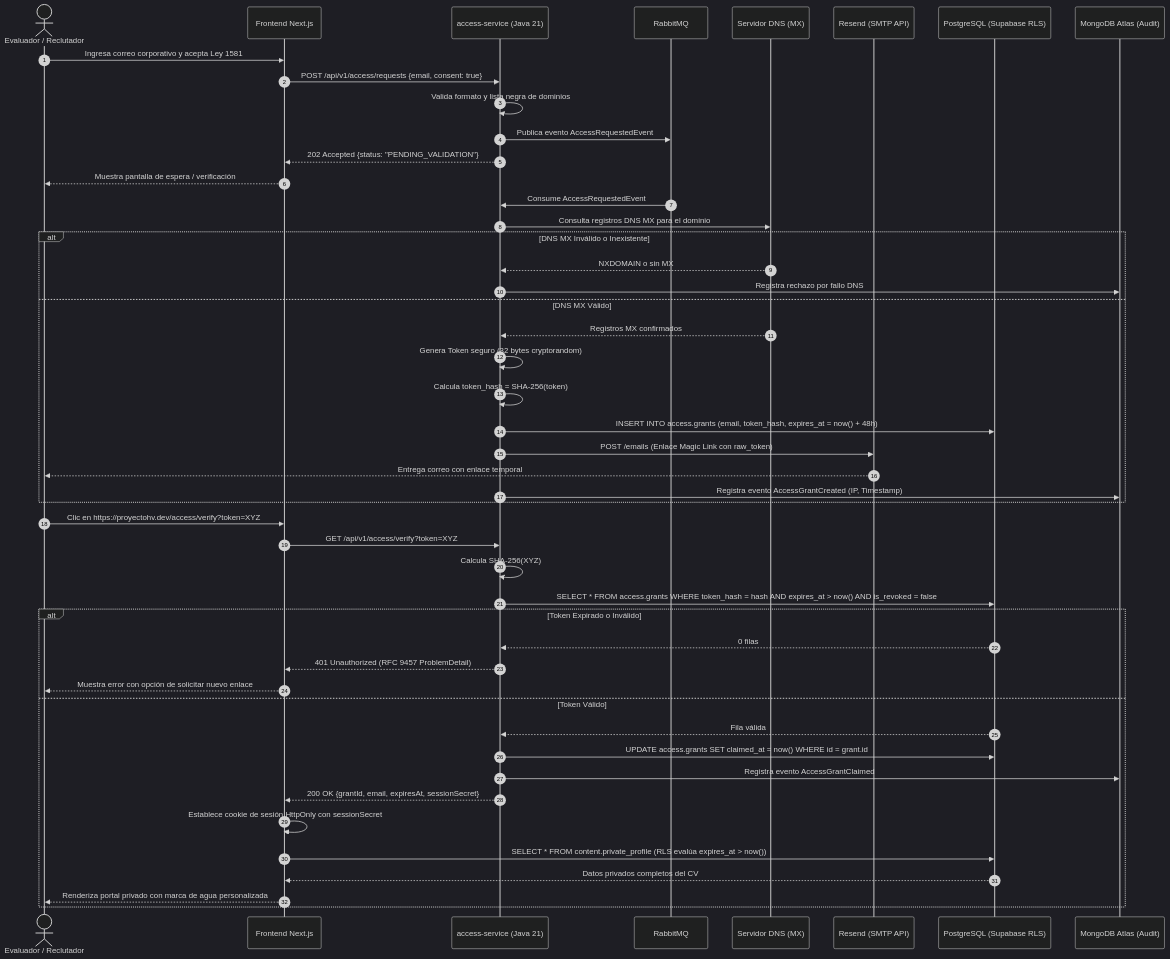
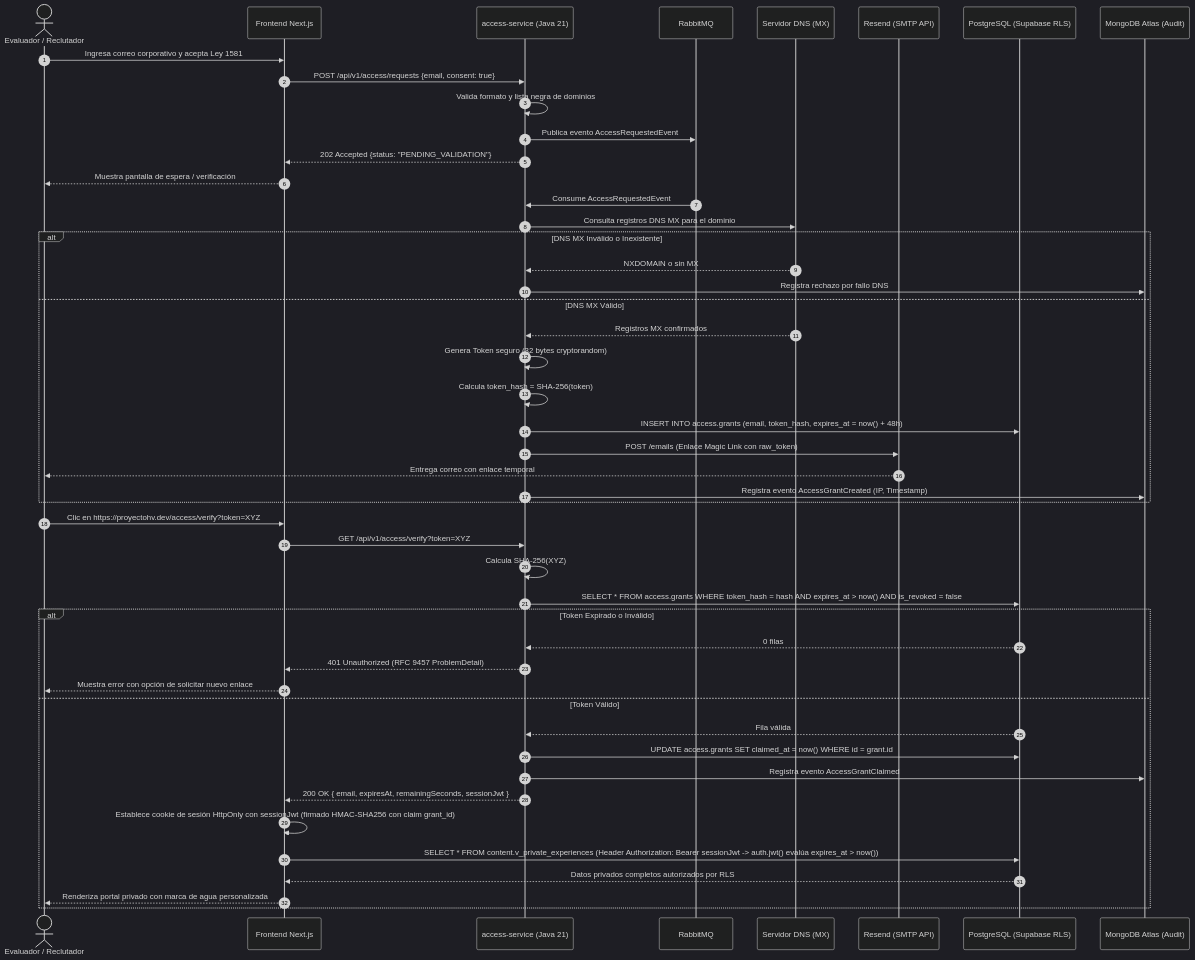
The fourth of 4 diagrams in docs/02-diseno/01-arquitectura-c4.md (hamartinez9408/ProyectoHV), drawn with Mermaid (dark theme) before and after one commit. The commit also changed other lines of this file and 7 other files, not shown here.

````diff
--- a/docs/02-diseno/01-arquitectura-c4.md
+++ b/docs/02-diseno/01-arquitectura-c4.md
@@ -286,56 +286,56 @@
 ```mermaid
 sequenceDiagram
     autonumber
     actor Recruiter as Evaluador / Reclutador
     participant Web as Frontend Next.js
     participant AccessSvc as access-service (Java 21)
     participant Rabbit as RabbitMQ
     participant Dns as Servidor DNS (MX)
     participant Resend as Resend (SMTP API)
     participant PG as PostgreSQL (Supabase RLS)
     participant Mongo as MongoDB Atlas (Audit)
 
     Recruiter->>Web: Ingresa correo corporativo y acepta Ley 1581
     Web->>AccessSvc: POST /api/v1/access/requests {email, consent: true}
     
     AccessSvc->>AccessSvc: Valida formato y lista negra de dominios
     AccessSvc->>Rabbit: Publica evento AccessRequestedEvent
     AccessSvc-->>Web: 202 Accepted {status: "PENDING_VALIDATION"}
     Web-->>Recruiter: Muestra pantalla de espera / verificación
 
     Rabbit->>AccessSvc: Consume AccessRequestedEvent
     AccessSvc->>Dns: Consulta registros DNS MX para el dominio
     
     alt DNS MX Inválido o Inexistente
         Dns-->>AccessSvc: NXDOMAIN o sin MX
         AccessSvc->>Mongo: Registra rechazo por fallo DNS
     else DNS MX Válido
         Dns-->>AccessSvc: Registros MX confirmados
         AccessSvc->>AccessSvc: Genera Token seguro (32 bytes cryptorandom)
         AccessSvc->>AccessSvc: Calcula token_hash = SHA-256(token)
         AccessSvc->>PG: INSERT INTO access.grants (email, token_hash, expires_at = now() + 48h)
         AccessSvc->>Resend: POST /emails (Enlace Magic Link con raw_token)
         Resend-->>Recruiter: Entrega correo con enlace temporal
         AccessSvc->>Mongo: Registra evento AccessGrantCreated (IP, Timestamp)
     end
 
     Recruiter->>Web: Clic en https://proyectohv.dev/access/verify?token=XYZ
     Web->>AccessSvc: GET /api/v1/access/verify?token=XYZ
     AccessSvc->>AccessSvc: Calcula SHA-256(XYZ)
     AccessSvc->>PG: SELECT * FROM access.grants WHERE token_hash = hash AND expires_at > now() AND is_revoked = false
     
     alt Token Expirado o Inválido
         PG-->>AccessSvc: 0 filas
         AccessSvc-->>Web: 401 Unauthorized (RFC 9457 ProblemDetail)
         Web-->>Recruiter: Muestra error con opción de solicitar nuevo enlace
     else Token Válido
         PG-->>AccessSvc: Fila válida
         AccessSvc->>PG: UPDATE access.grants SET claimed_at = now() WHERE id = grant.id
         AccessSvc->>Mongo: Registra evento AccessGrantClaimed
-        AccessSvc-->>Web: 200 OK {grantId, email, expiresAt, sessionSecret}
-        Web->>Web: Establece cookie de sesión HttpOnly con sessionSecret
-        Web->>PG: SELECT * FROM content.private_profile (RLS evalúa expires_at > now())
-        PG-->>Web: Datos privados completos del CV
+        AccessSvc-->>Web: 200 OK { email, expiresAt, remainingSeconds, sessionJwt }
+        Web->>Web: Establece cookie de sesión HttpOnly con sessionJwt (firmado HMAC-SHA256 con claim grant_id)
+        Web->>PG: SELECT * FROM content.v_private_experiences (Header Authorization: Bearer sessionJwt -> auth.jwt() evalúa expires_at > now())
+        PG-->>Web: Datos privados completos autorizados por RLS
         Web-->>Recruiter: Renderiza portal privado con marca de agua personalizada
     end
 ```
````
